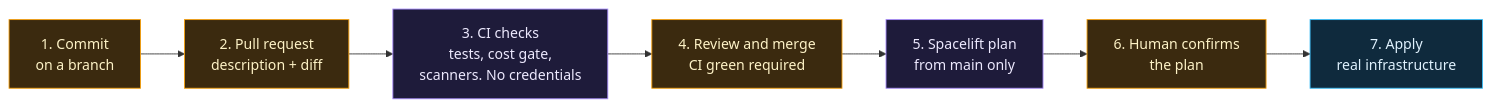
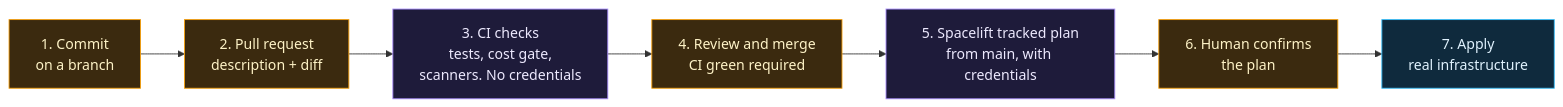
The diagram in docs/wiki/Fork-Private-Stacks-and-the-Pipeline.md (ChiefGyk3D/Clouds-Against-Humanity), drawn with Mermaid before and after one commit. The commit also changed other lines of this file, not shown here.

Commit message:
docs(wiki): address Copilot review (rename copied block, tracked vs proposed runs)

````diff
--- a/docs/wiki/Fork-Private-Stacks-and-the-Pipeline.md
+++ b/docs/wiki/Fork-Private-Stacks-and-the-Pipeline.md
@@ -108,16 +108,16 @@
 ```mermaid
 flowchart LR
     commit["1. Commit<br/>on a branch"]:::you
     pr["2. Pull request<br/>description + diff"]:::you
     ci["3. CI checks<br/>tests, cost gate,<br/>scanners. No credentials"]:::ctrl
     review["4. Review and merge<br/>CI green required"]:::you
-    plan["5. Spacelift plan<br/>from main only"]:::ctrl
+    plan["5. Spacelift tracked plan<br/>from main, with credentials"]:::ctrl
     confirm["6. Human confirms<br/>the plan"]:::you
     apply["7. Apply<br/>real infrastructure"]:::cloud
 
     commit --> pr --> ci --> review --> plan --> confirm --> apply
 
     classDef you fill:#3b2a0f,stroke:#f59e0b,color:#fef3c7
     classDef ctrl fill:#1e1b3a,stroke:#a78bfa,color:#ede9fe
     classDef cloud fill:#0f2a3d,stroke:#38bdf8,color:#e0f2fe
 ```
````
